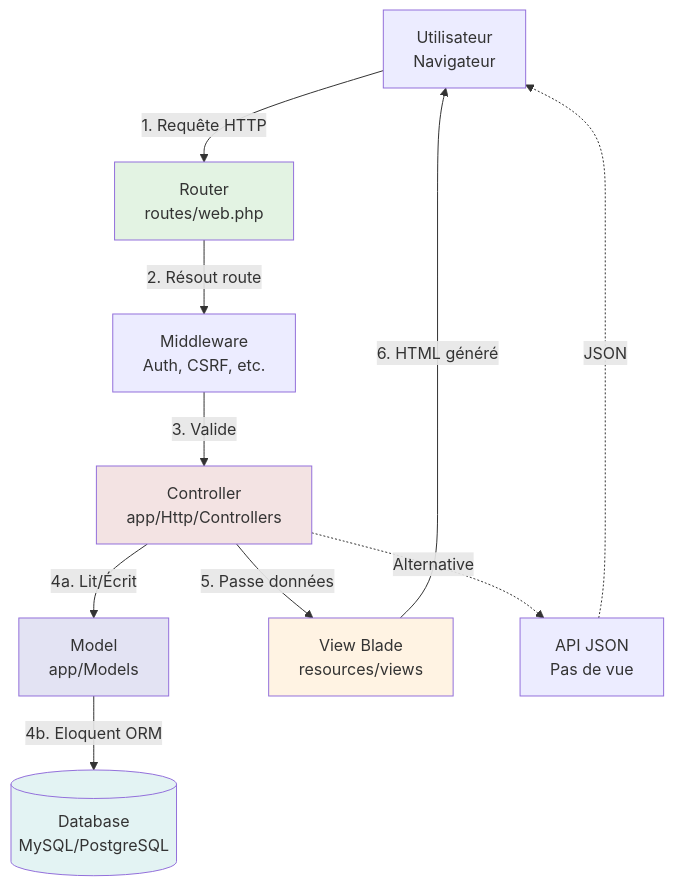
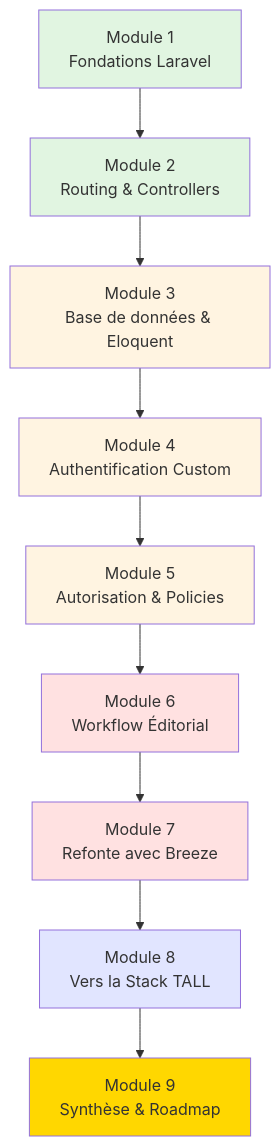
Before and after one commit to zyrass/omnydocs: the first of 5 diagrams in docs/dev-cloud/lang/laravel/index.md, drawn with Mermaid. The commit also changed other lines of this file and 60 other files, not shown here.

````diff
--- a/docs/dev-cloud/lang/laravel/index.md
+++ b/docs/dev-cloud/lang/laravel/index.md
@@ -153,21 +65,31 @@
 ```mermaid
 graph TB
-    User[Utilisateur<br/>Navigateur] -->|1. Requête HTTP| Router[Router<br/>routes/web.php]
-    Router -->|2. Résout route| Middleware[Middleware<br/>Auth, CSRF, etc.]
-    Middleware -->|3. Valide| Controller[Controller<br/>app/Http/Controllers]
+    M1[Module 1<br/>Fondations Laravel]
+    M2[Module 2<br/>Routing & Controllers]
+    M3[Module 3<br/>Base de données & Eloquent]
+    M4[Module 4<br/>Authentification Custom]
+    M5[Module 5<br/>Autorisation & Policies]
+    M6[Module 6<br/>Workflow Éditorial]
+    M7[Module 7<br/>Refonte avec Breeze]
+    M8[Module 8<br/>Vers la Stack TALL]
+    M9[Module 9<br/>Synthèse & Roadmap]
     
-    Controller -->|4a. Lit/Écrit| Model[Model<br/>app/Models]
-    Model -->|4b. Eloquent ORM| Database[(Database<br/>MySQL/PostgreSQL)]
+    M1 --> M2
+    M2 --> M3
+    M3 --> M4
+    M4 --> M5
+    M5 --> M6
+    M6 --> M7
+    M7 --> M8
+    M8 --> M9
     
-    Controller -->|5. Passe données| View[View Blade<br/>resources/views]
-    View -->|6. HTML généré| User
-    
-    Controller -.->|Alternative| API[API JSON<br/>Pas de vue]
-    API -.->|JSON| User
-
-    style Router fill:#e3f3e3
-    style Controller fill:#f3e3e3
-    style Model fill:#e3e3f3
-    style View fill:#fff3e3
-    style Database fill:#e3f3f3
+    style M1 fill:#e1f5e1
+    style M2 fill:#e1f5e1
+    style M3 fill:#fff4e1
+    style M4 fill:#fff4e1
+    style M5 fill:#fff4e1
+    style M6 fill:#ffe1e1
+    style M7 fill:#ffe1e1
+    style M8 fill:#e1e5ff
+    style M9 fill:#ffd700
 ```
````
